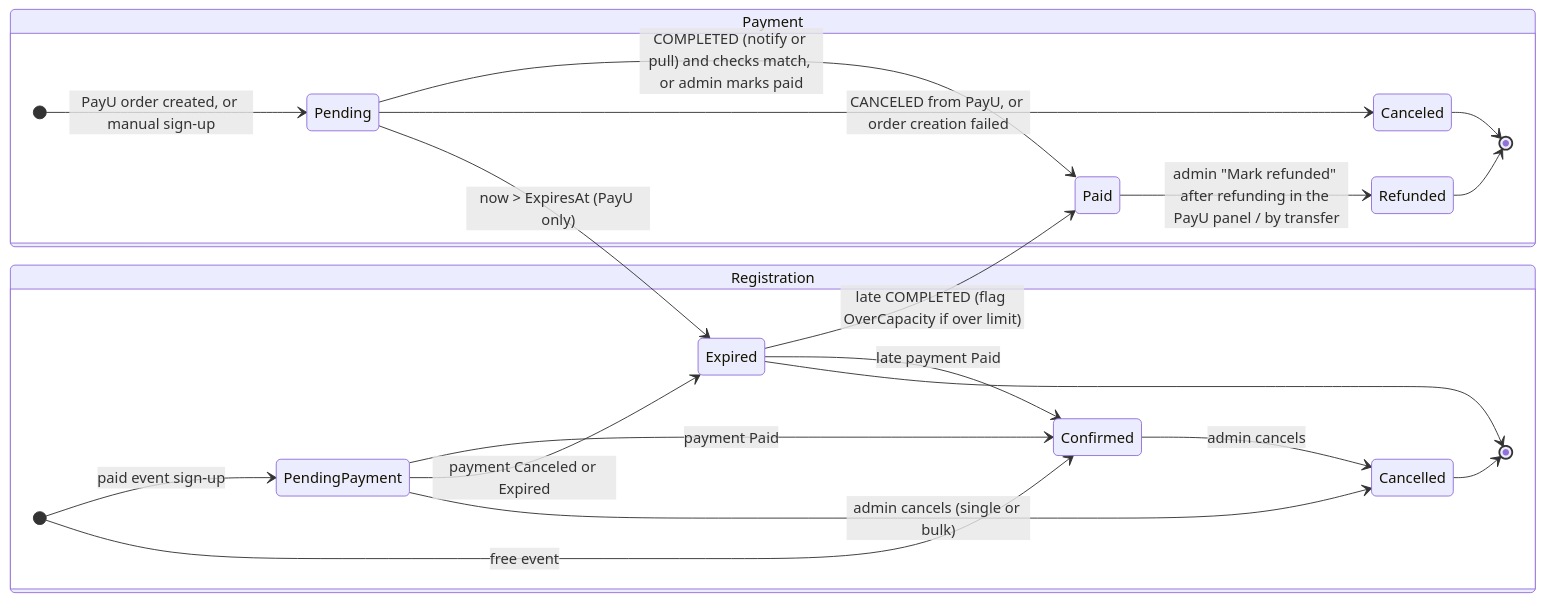
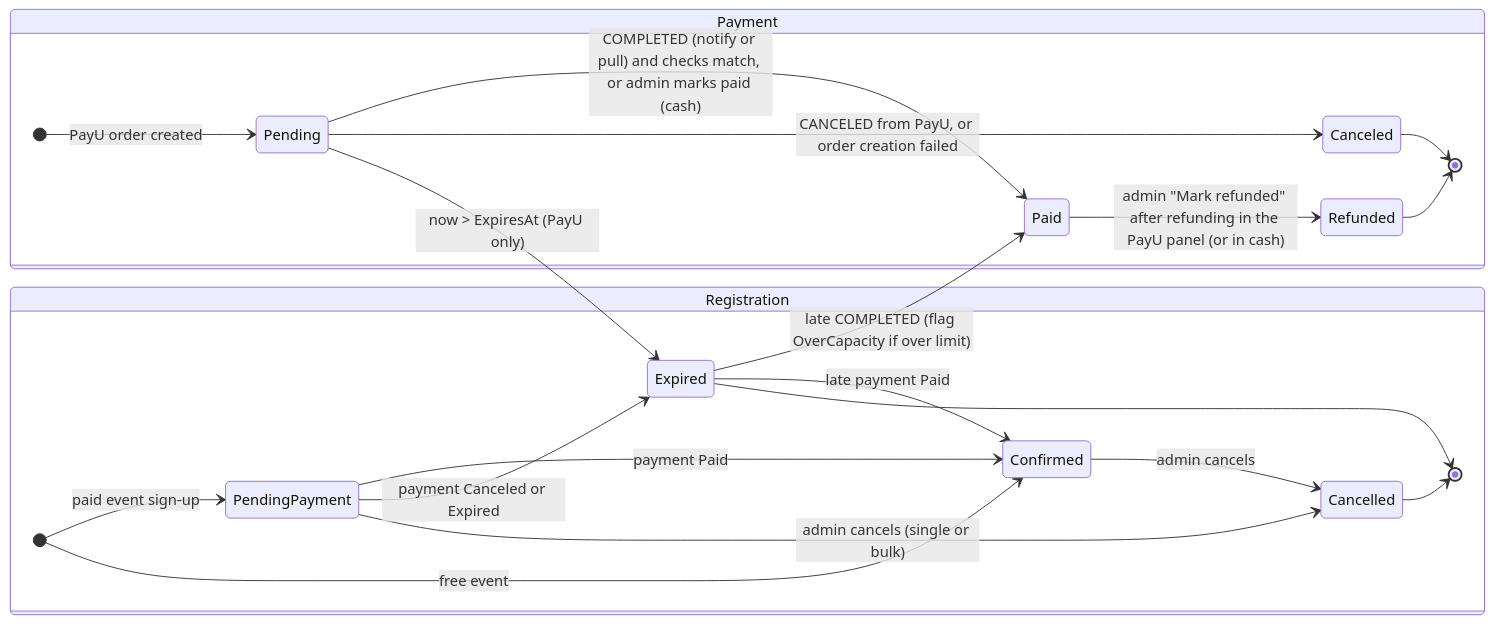
Before and after one commit to ESN-App/ESN-App: the second of 4 diagrams in docs/adr/005-event-registration-and-payu-payments.md, drawn with Mermaid. The commit also changed other lines of this file, not shown here.

````diff
--- a/docs/adr/005-event-registration-and-payu-payments.md
+++ b/docs/adr/005-event-registration-and-payu-payments.md
@@ -210,25 +211,25 @@
 ```mermaid
 stateDiagram-v2
     direction LR
     state "Payment" as Pay {
-        [*] --> Pending: PayU order created, or manual sign-up
-        Pending --> Paid: COMPLETED (notify or pull) and checks match, or admin marks paid
+        [*] --> Pending: PayU order created
+        Pending --> Paid: COMPLETED (notify or pull) and checks match, or admin marks paid (cash)
         Pending --> Canceled: CANCELED from PayU, or order creation failed
         Pending --> Expired: now > ExpiresAt (PayU only)
         Expired --> Paid: late COMPLETED (flag OverCapacity if over limit)
-        Paid --> Refunded: admin "Mark refunded" after refunding in the PayU panel / by transfer
+        Paid --> Refunded: admin "Mark refunded" after refunding in the PayU panel (or in cash)
         Refunded --> [*]
         Canceled --> [*]
     }
     state "Registration" as Reg {
         [*] --> PendingPayment: paid event sign-up
         [*] --> Confirmed: free event
         PendingPayment --> Confirmed: payment Paid
         PendingPayment --> Expired: payment Canceled or Expired
         Expired --> Confirmed: late payment Paid
         PendingPayment --> Cancelled: admin cancels (single or bulk)
         Confirmed --> Cancelled: admin cancels
         Expired --> [*]
         Cancelled --> [*]
     }
 ```
````
